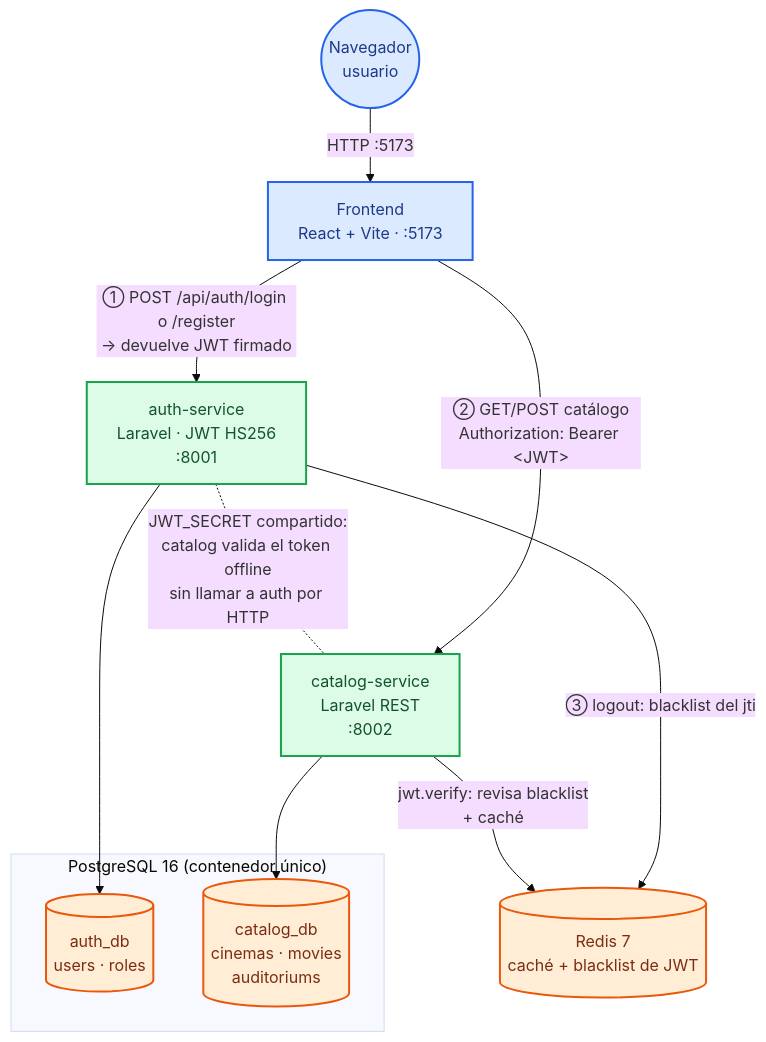
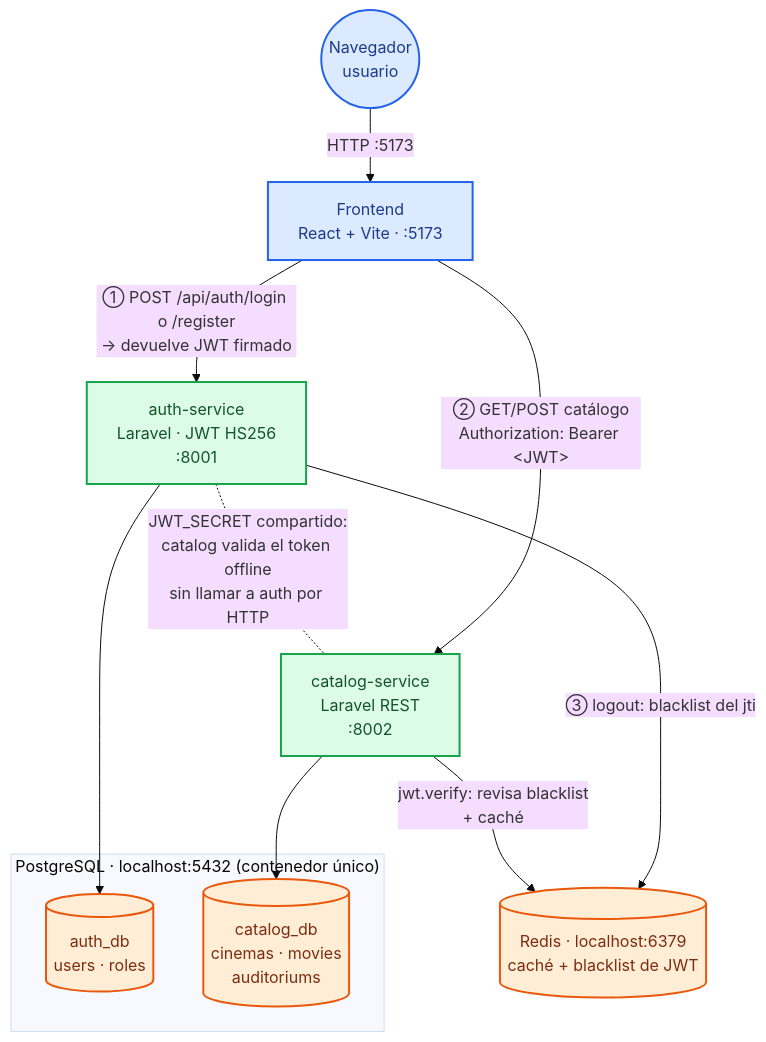
Before and after one commit to Erick-Llumiquinga/EventCore: the diagram in docs/arquitectura.mmd, drawn with Mermaid (base theme). The commit also changed 24 other files, not shown here.

```diff
--- a/docs/arquitectura.mmd
+++ b/docs/arquitectura.mmd
@@ -1,29 +1,29 @@
 flowchart TD
     usuario(("Navegador<br/>usuario"))
     frontend["Frontend<br/>React + Vite · :5173"]
     auth["auth-service<br/>Laravel · JWT HS256<br/>:8001"]
     catalog["catalog-service<br/>Laravel REST<br/>:8002"]
 
-    subgraph pg["PostgreSQL 16 (contenedor único)"]
+    subgraph pg["PostgreSQL · localhost:5432 (contenedor único)"]
         authdb[("auth_db<br/>users · roles")]
         catalogdb[("catalog_db<br/>cinemas · movies<br/>auditoriums")]
     end
 
-    redis[("Redis 7<br/>caché + blacklist de JWT")]
+    redis[("Redis · localhost:6379<br/>caché + blacklist de JWT")]
 
     usuario -- "HTTP :5173" --> frontend
     frontend -- "① POST /api/auth/login o /register<br/>→ devuelve JWT firmado" --> auth
     frontend -- "② GET/POST catálogo<br/>Authorization: Bearer &lt;JWT&gt;" --> catalog
     auth -. "JWT_SECRET compartido:<br/>catalog valida el token offline<br/>sin llamar a auth por HTTP" .- catalog
     auth --> authdb
     catalog --> catalogdb
     auth -- "③ logout: blacklist del jti" --> redis
     catalog -- "jwt.verify: revisa blacklist<br/>+ caché" --> redis
 
     classDef browser fill:#dbeafe,stroke:#2563eb,stroke-width:2px,color:#1e3a8a
     classDef service fill:#dcfce7,stroke:#16a34a,stroke-width:2px,color:#14532d
     classDef store fill:#ffedd5,stroke:#ea580c,stroke-width:2px,color:#7c2d12
 
     class usuario,frontend browser
     class auth,catalog service
     class authdb,catalogdb,redis store
```
